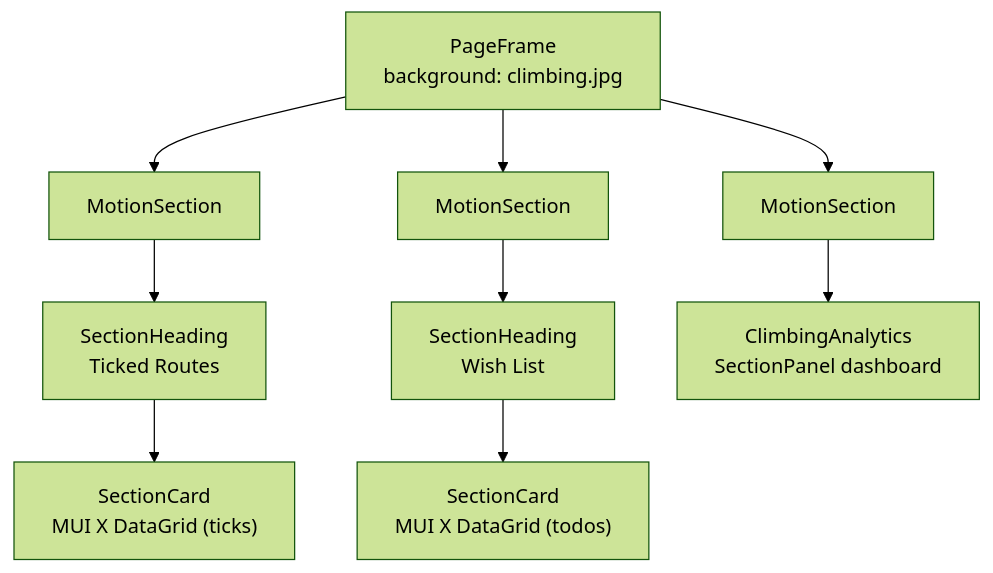
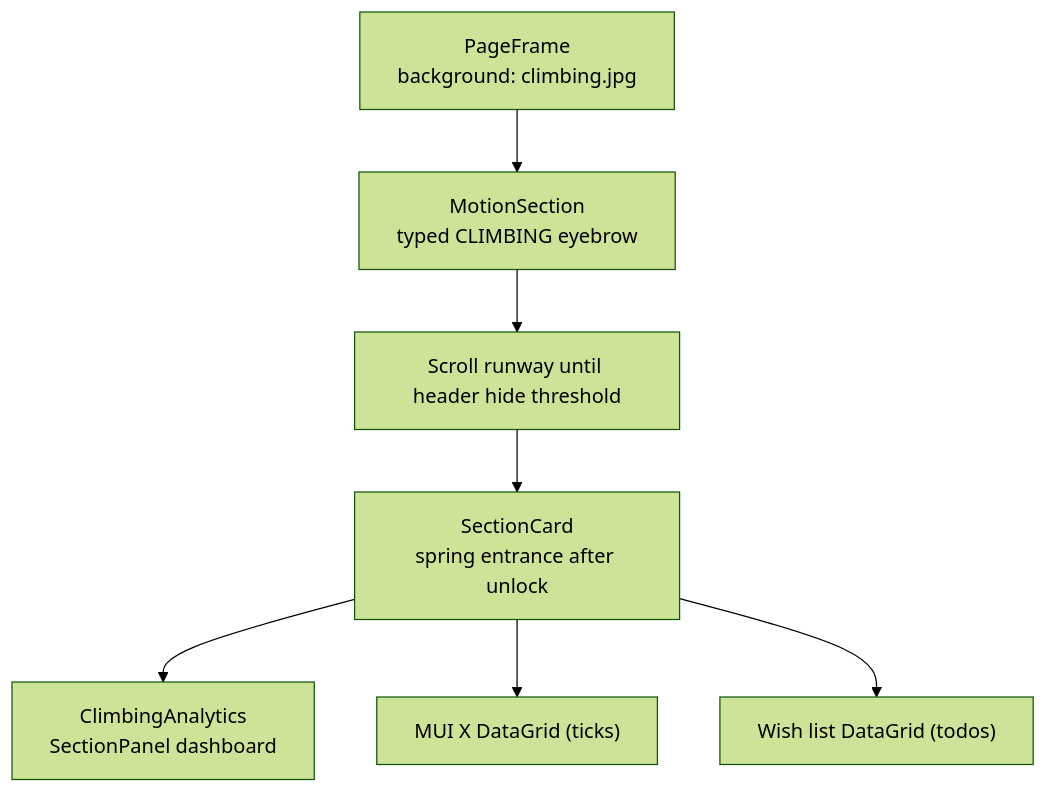
The seventh of 12 diagrams in docs/frontend/page-choreography.md (danphenderson/dev-danhenderson), drawn with Mermaid (forest theme) before and after one commit. The commit also changed other lines of this file and 171 other files, not shown here.

````diff
--- a/docs/frontend/page-choreography.md
+++ b/docs/frontend/page-choreography.md
@@ -180,16 +180,15 @@
 ```mermaid
 flowchart TB
   PF["PageFrame<br/>background: climbing.jpg"]
-  MS1["MotionSection"]
-  SH1["SectionHeading<br/>Ticked Routes"]
-  SC1["SectionCard<br/>MUI X DataGrid (ticks)"]
-  MS2["MotionSection"]
-  SH2["SectionHeading<br/>Wish List"]
-  SC2["SectionCard<br/>MUI X DataGrid (todos)"]
-  MS3["MotionSection"]
+  Intro["MotionSection<br/>typed CLIMBING eyebrow"]
+  Runway["Scroll runway until header hide threshold"]
+  Main["SectionCard<br/>spring entrance after unlock"]
   Analytics["ClimbingAnalytics<br/>SectionPanel dashboard"]
+  Ticks["MUI X DataGrid (ticks)"]
+  Todos["Wish list DataGrid (todos)"]
 
-  PF --> MS1 --> SH1 --> SC1
-  PF --> MS2 --> SH2 --> SC2
-  PF --> MS3 --> Analytics
+  PF --> Intro --> Runway --> Main
+  Main --> Analytics
+  Main --> Ticks
+  Main --> Todos
 ```
````
